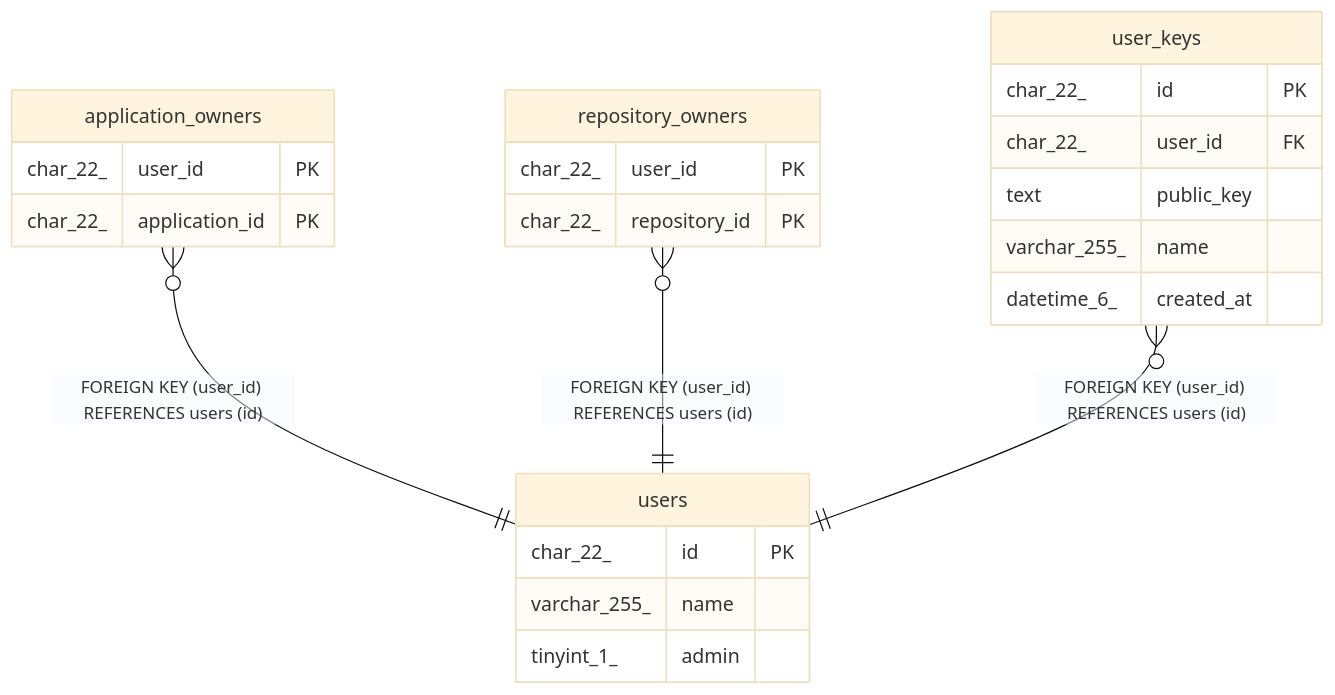
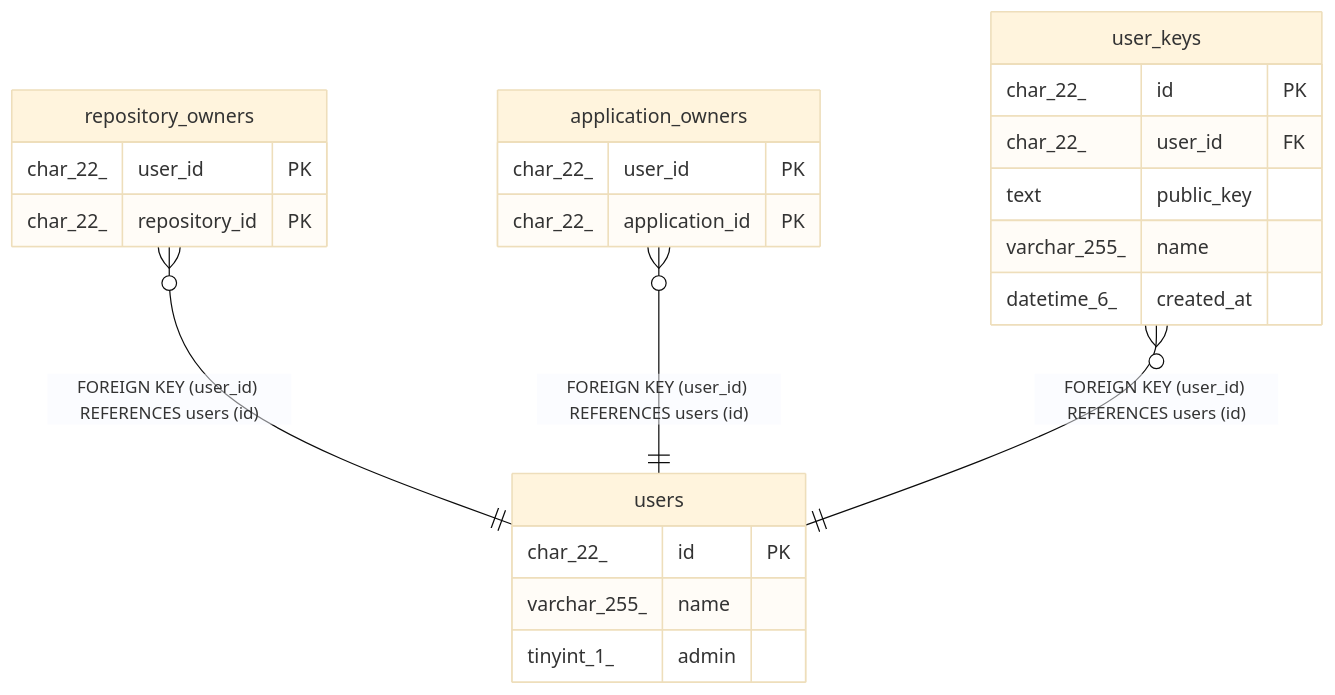
Before and after one commit to traPtitech/NeoShowcase: the diagram in docs/dbschema/users.md, drawn with Mermaid (base theme). The commit also changed other lines of this file and 15 other files, not shown here.

````diff
--- a/docs/dbschema/users.md
+++ b/docs/dbschema/users.md
@@ -43,28 +43,28 @@
 ```mermaid
 erDiagram
 
+"repository_owners" }o--|| "users" : "FOREIGN KEY (user_id) REFERENCES users (id)"
 "application_owners" }o--|| "users" : "FOREIGN KEY (user_id) REFERENCES users (id)"
-"repository_owners" }o--|| "users" : "FOREIGN KEY (user_id) REFERENCES users (id)"
 "user_keys" }o--|| "users" : "FOREIGN KEY (user_id) REFERENCES users (id)"
 
 "users" {
   char_22_ id PK
   varchar_255_ name
   tinyint_1_ admin
 }
+"repository_owners" {
+  char_22_ user_id PK
+  char_22_ repository_id PK
+}
 "application_owners" {
   char_22_ user_id PK
   char_22_ application_id PK
-}
-"repository_owners" {
-  char_22_ user_id PK
-  char_22_ repository_id PK
 }
 "user_keys" {
   char_22_ id PK
   char_22_ user_id FK
   text public_key
   varchar_255_ name
   datetime_6_ created_at
 }
 ```
````
